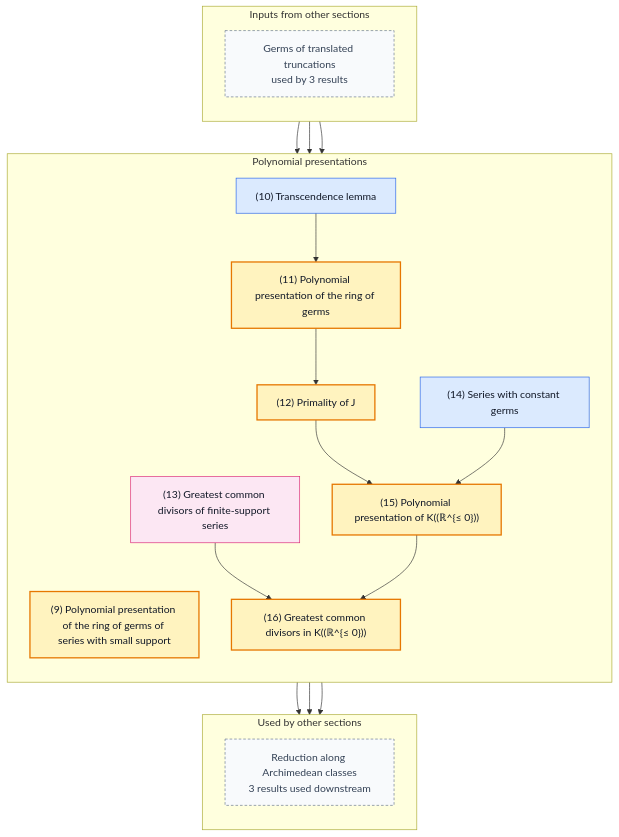
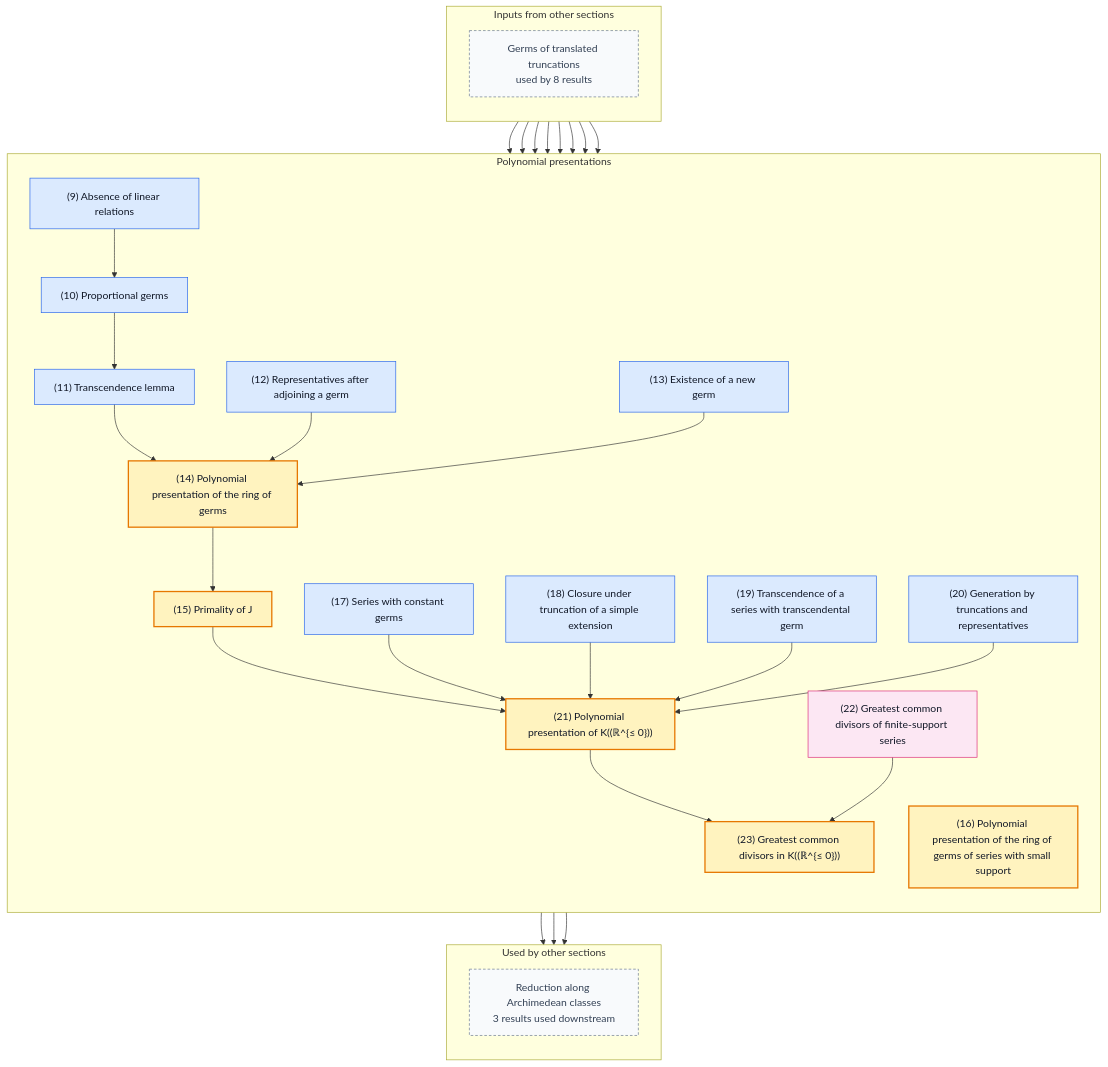
Before and after one commit to gaearon/conway-refinement: the third of 5 diagrams in README.md, drawn with Mermaid. The commit also changed other lines of this file and 37 other files, not shown here.

````diff
--- a/README.md
+++ b/README.md
@@ -248,54 +249,80 @@
 ```mermaid
 %% Generated by scripts/blueprint.sh; do not edit.
 %% Other sections are compressed to boundary nodes.
 %% Solid arrows are proof dependencies; dashed arrows are statement dependencies.
 flowchart TB
   subgraph inputs["Inputs from other sections"]
     direction TB
-    in0["Germs of translated truncations<br/>used by 3 results"]:::boundary
+    in0["Germs of translated truncations<br/>used by 8 results"]:::boundary
   end
   subgraph current["Polynomial presentations"]
     direction TB
-    n009["(9) Polynomial presentation of the ring of germs of series with small support"]:::theorem
-    n010["(10) Transcendence lemma"]:::lemma
-    n011["(11) Polynomial presentation of the ring of germs"]:::theorem
-    n012["(12) Primality of J"]:::theorem
-    n013["(13) Greatest common divisors of finite-support series"]:::fact
-    n014["(14) Series with constant germs"]:::lemma
-    n015["(15) Polynomial presentation of K((ℝ^{≤ 0}))"]:::theorem
-    n016["(16) Greatest common divisors in K((ℝ^{≤ 0}))"]:::theorem
+    n009["(9) Absence of linear relations"]:::lemma
+    n010["(10) Proportional germs"]:::lemma
+    n011["(11) Transcendence lemma"]:::lemma
+    n012["(12) Representatives after adjoining a germ"]:::lemma
+    n013["(13) Existence of a new germ"]:::lemma
+    n014["(14) Polynomial presentation of the ring of germs"]:::theorem
+    n015["(15) Primality of J"]:::theorem
+    n016["(16) Polynomial presentation of the ring of germs of series with small support"]:::theorem
+    n017["(17) Series with constant germs"]:::lemma
+    n018["(18) Closure under truncation of a simple extension"]:::lemma
+    n019["(19) Transcendence of a series with transcendental germ"]:::lemma
+    n020["(20) Generation by truncations and representatives"]:::lemma
+    n021["(21) Polynomial presentation of K((ℝ^{≤ 0}))"]:::theorem
+    n022["(22) Greatest common divisors of finite-support series"]:::fact
+    n023["(23) Greatest common divisors in K((ℝ^{≤ 0}))"]:::theorem
   end
   subgraph outputs["Used by other sections"]
     direction TB
     out0["Reduction along Archimedean classes<br/>3 results used downstream"]:::boundary
   end
 
+  n009 --> n010
   n010 --> n011
-  n011 --> n012
-  n012 --> n015
+  n011 --> n014
+  n012 --> n014
+  n013 --> n014
   n014 --> n015
-  n013 --> n016
-  n015 --> n016
+  n015 --> n021
+  n017 --> n021
+  n018 --> n021
+  n019 --> n021
+  n020 --> n021
+  n021 --> n023
+  n022 --> n023
   in0 --> n009
-  in0 --> n010
-  in0 --> n014
-  n011 --> out0
+  in0 --> n012
+  in0 --> n013
+  in0 --> n016
+  in0 --> n017
+  in0 --> n018
+  in0 --> n019
+  in0 --> n020
+  n023 --> out0
   n016 --> out0
-  n009 --> out0
-  click n009 "https://gaearon.github.io/conway-refinement/#/result/bounded-hahn-germ-polynomial-algebra" "Open the statement for theorem 9"
-  click n010 "https://gaearon.github.io/conway-refinement/#/result/transcendence" "Open the statement for lemma 10"
-  click n011 "https://gaearon.github.io/conway-refinement/#/result/complete-hahn-germ-polynomial-algebra" "Open the statement for theorem 11"
-  click n012 "https://gaearon.github.io/conway-refinement/#/result/bounded-away-ideal-prime" "Open the statement for theorem 12"
-  click n013 "https://gaearon.github.io/conway-refinement/#/result/finite-support-hahn-gcd" "Open the statement for fact 13"
-  click n014 "https://gaearon.github.io/conway-refinement/#/result/constant-germs-finite-support" "Open the statement for lemma 14"
-  click n015 "https://gaearon.github.io/conway-refinement/#/result/hahn-series-polynomial-algebra" "Open the statement for theorem 15"
-  click n016 "https://gaearon.github.io/conway-refinement/#/result/hahn-series-gcd-domain" "Open the statement for theorem 16"
+  n014 --> out0
+  click n009 "https://gaearon.github.io/conway-refinement/#/result/no-linear-relation" "Open the statement for lemma 9"
+  click n010 "https://gaearon.github.io/conway-refinement/#/result/proportionality" "Open the statement for lemma 10"
+  click n011 "https://gaearon.github.io/conway-refinement/#/result/transcendence" "Open the statement for lemma 11"
+  click n012 "https://gaearon.github.io/conway-refinement/#/result/representatives-adjoin" "Open the statement for lemma 12"
+  click n013 "https://gaearon.github.io/conway-refinement/#/result/new-germ" "Open the statement for lemma 13"
+  click n014 "https://gaearon.github.io/conway-refinement/#/result/complete-hahn-germ-polynomial-algebra" "Open the statement for theorem 14"
+  click n015 "https://gaearon.github.io/conway-refinement/#/result/bounded-away-ideal-prime" "Open the statement for theorem 15"
+  click n016 "https://gaearon.github.io/conway-refinement/#/result/bounded-hahn-germ-polynomial-algebra" "Open the statement for theorem 16"
+  click n017 "https://gaearon.github.io/conway-refinement/#/result/constant-germs-finite-support" "Open the statement for lemma 17"
+  click n018 "https://gaearon.github.io/conway-refinement/#/result/truncations-of-simple-extension" "Open the statement for lemma 18"
+  click n019 "https://gaearon.github.io/conway-refinement/#/result/transcendental-series" "Open the statement for lemma 19"
+  click n020 "https://gaearon.github.io/conway-refinement/#/result/series-generation" "Open the statement for lemma 20"
+  click n021 "https://gaearon.github.io/conway-refinement/#/result/hahn-series-polynomial-algebra" "Open the statement for theorem 21"
+  click n022 "https://gaearon.github.io/conway-refinement/#/result/finite-support-hahn-gcd" "Open the statement for fact 22"
+  click n023 "https://gaearon.github.io/conway-refinement/#/result/hahn-series-gcd-domain" "Open the statement for theorem 23"
 
   classDef theorem fill:#fff3bf,stroke:#e67700,stroke-width:2px,color:#111827
   classDef definition fill:#f3f4f6,stroke:#4b5563,color:#111827
   classDef lemma fill:#dbeafe,stroke:#2563eb,color:#111827
   classDef proposition fill:#ede9fe,stroke:#7c3aed,color:#111827
   classDef corollary fill:#dcfce7,stroke:#16a34a,color:#111827
   classDef fact fill:#fce7f3,stroke:#db2777,color:#111827
   classDef boundary fill:#f8fafc,stroke:#64748b,stroke-dasharray:4 3,color:#334155
 ```
````
